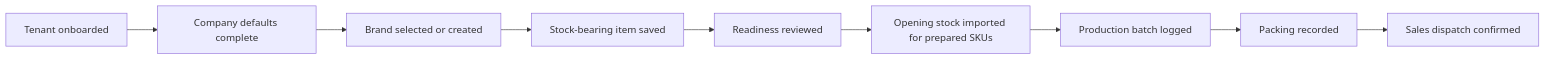
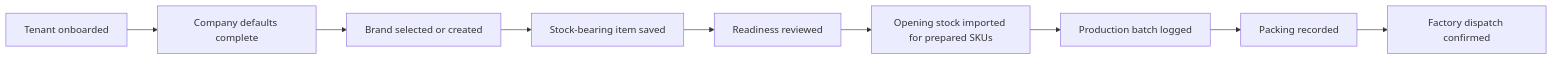
Before and after one commit to anasibnanwar-XYE/bigbrightpaints-erp: the diagram in docs/developer/onboarding-stock-readiness/03-target-simplified-user-flow.md, drawn with Mermaid. The commit also changed other lines of this file and 53 other files, not shown here.

Commit message:
Restore factory-owned dispatch confirmation

````diff
--- a/docs/developer/onboarding-stock-readiness/03-target-simplified-user-flow.md
+++ b/docs/developer/onboarding-stock-readiness/03-target-simplified-user-flow.md
@@ -144,11 +144,11 @@
 ```mermaid
 flowchart LR
     A["Tenant onboarded"] --> B["Company defaults complete"]
     B --> C["Brand selected or created"]
     C --> D["Stock-bearing item saved"]
     D --> E["Readiness reviewed"]
     E --> F["Opening stock imported for prepared SKUs"]
     F --> G["Production batch logged"]
     G --> H["Packing recorded"]
-    H --> I["Sales dispatch confirmed"]
+    H --> I["Factory dispatch confirmed"]
 ```
````
